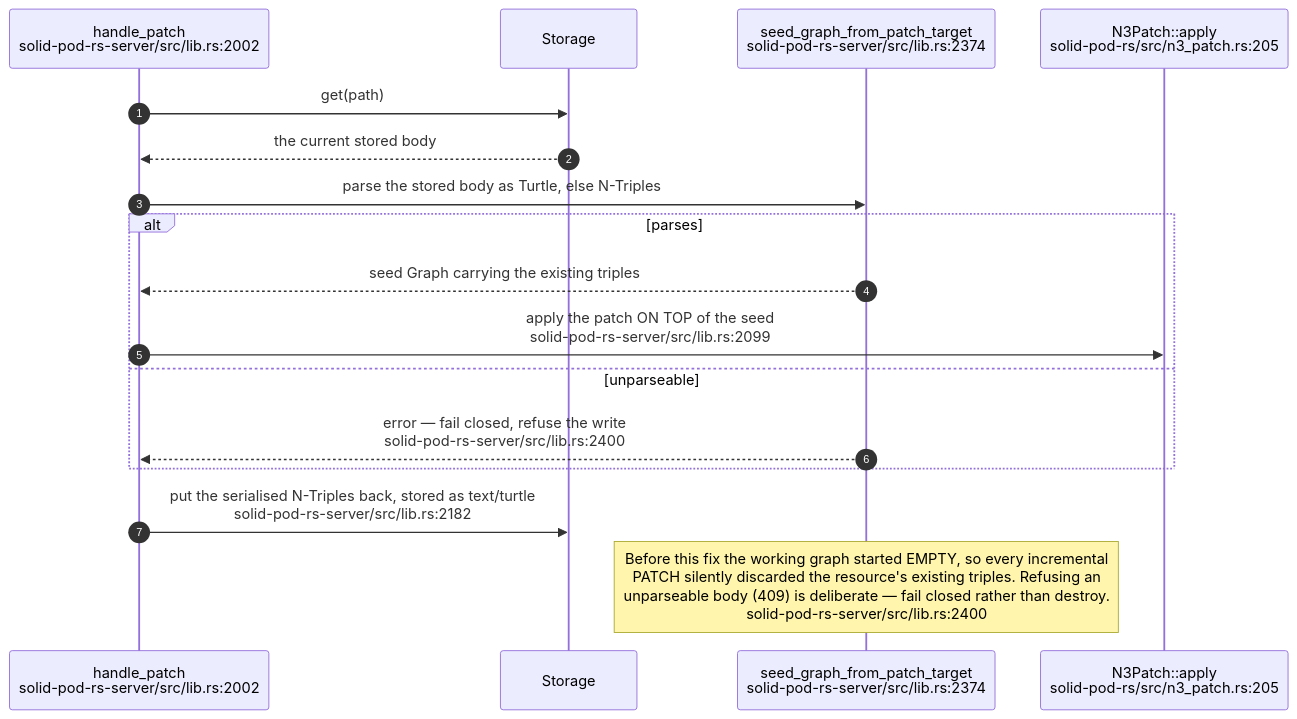
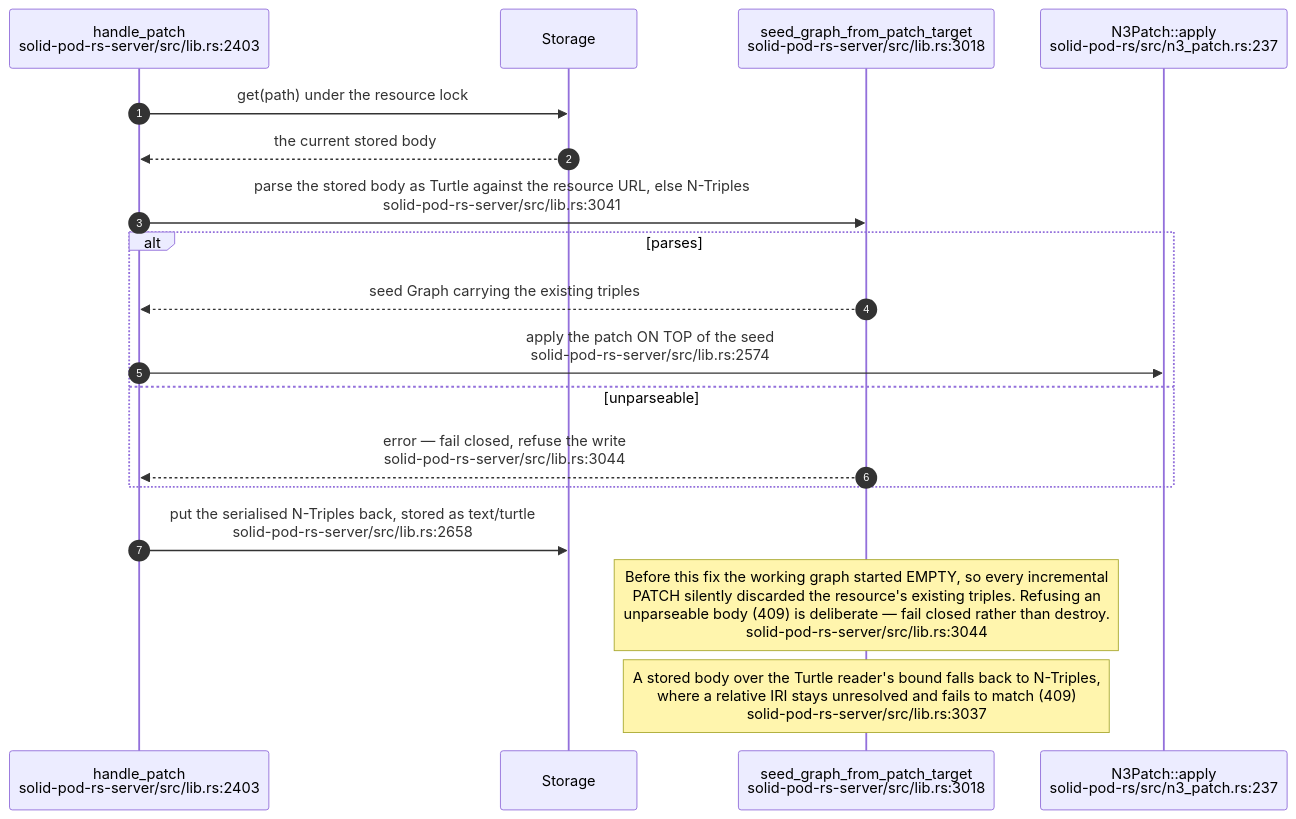
The ninth of 14 diagrams in docs/diagrams/solid-pod-rs/03-ldp-request-lifecycle.md (DreamLab-AI/VisionFlow), drawn with Mermaid before and after one commit. The commit also changed other lines of this file and 1 other file, not shown here.

First line of the commit message:
docs(diagrams): SP-03, SP-13 re-verified at solid-pod-rs a28a748

````diff
--- a/docs/diagrams/solid-pod-rs/03-ldp-request-lifecycle.md
+++ b/docs/diagrams/solid-pod-rs/03-ldp-request-lifecycle.md
@@ -211,20 +283,21 @@
 ```mermaid
 sequenceDiagram
     autonumber
-    participant P as handle_patch<br/>solid-pod-rs-server/src/lib.rs:2002
+    participant P as handle_patch<br/>solid-pod-rs-server/src/lib.rs:2403
     participant S as Storage
-    participant SG as seed_graph_from_patch_target<br/>solid-pod-rs-server/src/lib.rs:2374
-    participant AP as N3Patch::apply<br/>solid-pod-rs/src/n3_patch.rs:205
+    participant SG as seed_graph_from_patch_target<br/>solid-pod-rs-server/src/lib.rs:3018
+    participant AP as N3Patch::apply<br/>solid-pod-rs/src/n3_patch.rs:237
 
-    P->>S: get(path)
+    P->>S: get(path) under the resource lock
     S-->>P: the current stored body
-    P->>SG: parse the stored body as Turtle, else N-Triples
+    P->>SG: parse the stored body as Turtle against the resource URL, else N-Triples<br/>solid-pod-rs-server/src/lib.rs:3041
     alt parses
         SG-->>P: seed Graph carrying the existing triples
-        P->>AP: apply the patch ON TOP of the seed<br/>solid-pod-rs-server/src/lib.rs:2099
+        P->>AP: apply the patch ON TOP of the seed<br/>solid-pod-rs-server/src/lib.rs:2574
     else unparseable
-        SG-->>P: error — fail closed, refuse the write<br/>solid-pod-rs-server/src/lib.rs:2400
+        SG-->>P: error — fail closed, refuse the write<br/>solid-pod-rs-server/src/lib.rs:3044
     end
-    P->>S: put the serialised N-Triples back, stored as text/turtle<br/>solid-pod-rs-server/src/lib.rs:2182
-    Note over SG: Before this fix the working graph started EMPTY, so every incremental<br/>PATCH silently discarded the resource's existing triples. Refusing an<br/>unparseable body (409) is deliberate — fail closed rather than destroy.<br/>solid-pod-rs-server/src/lib.rs:2400
+    P->>S: put the serialised N-Triples back, stored as text/turtle<br/>solid-pod-rs-server/src/lib.rs:2658
+    Note over SG: Before this fix the working graph started EMPTY, so every incremental<br/>PATCH silently discarded the resource's existing triples. Refusing an<br/>unparseable body (409) is deliberate — fail closed rather than destroy.<br/>solid-pod-rs-server/src/lib.rs:3044
+    Note over SG: A stored body over the Turtle reader's bound falls back to N-Triples,<br/>where a relative IRI stays unresolved and fails to match (409)<br/>solid-pod-rs-server/src/lib.rs:3037
 ```
````
